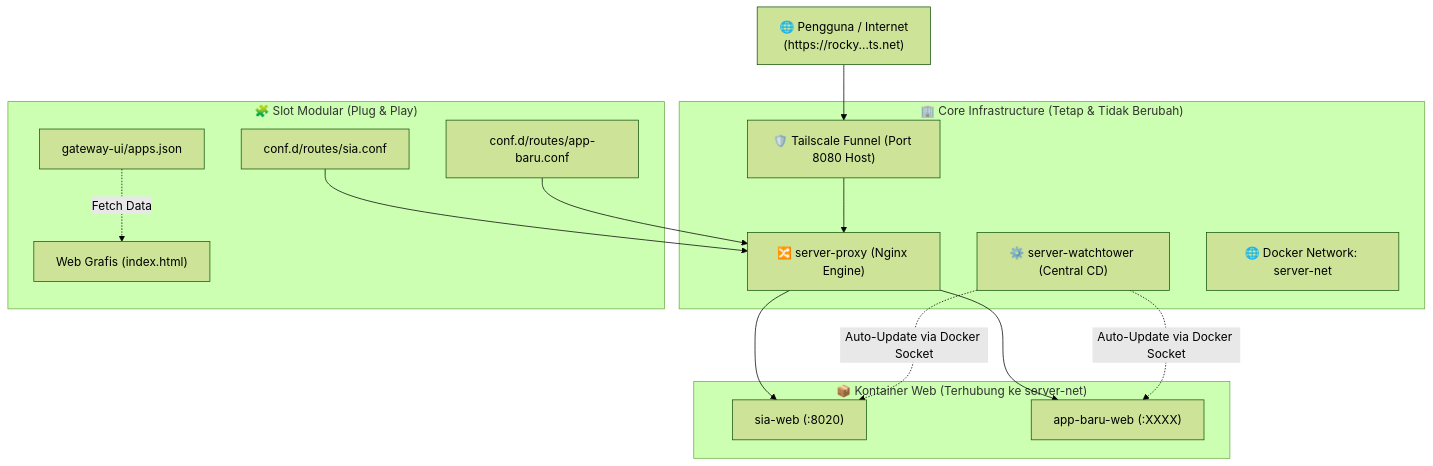
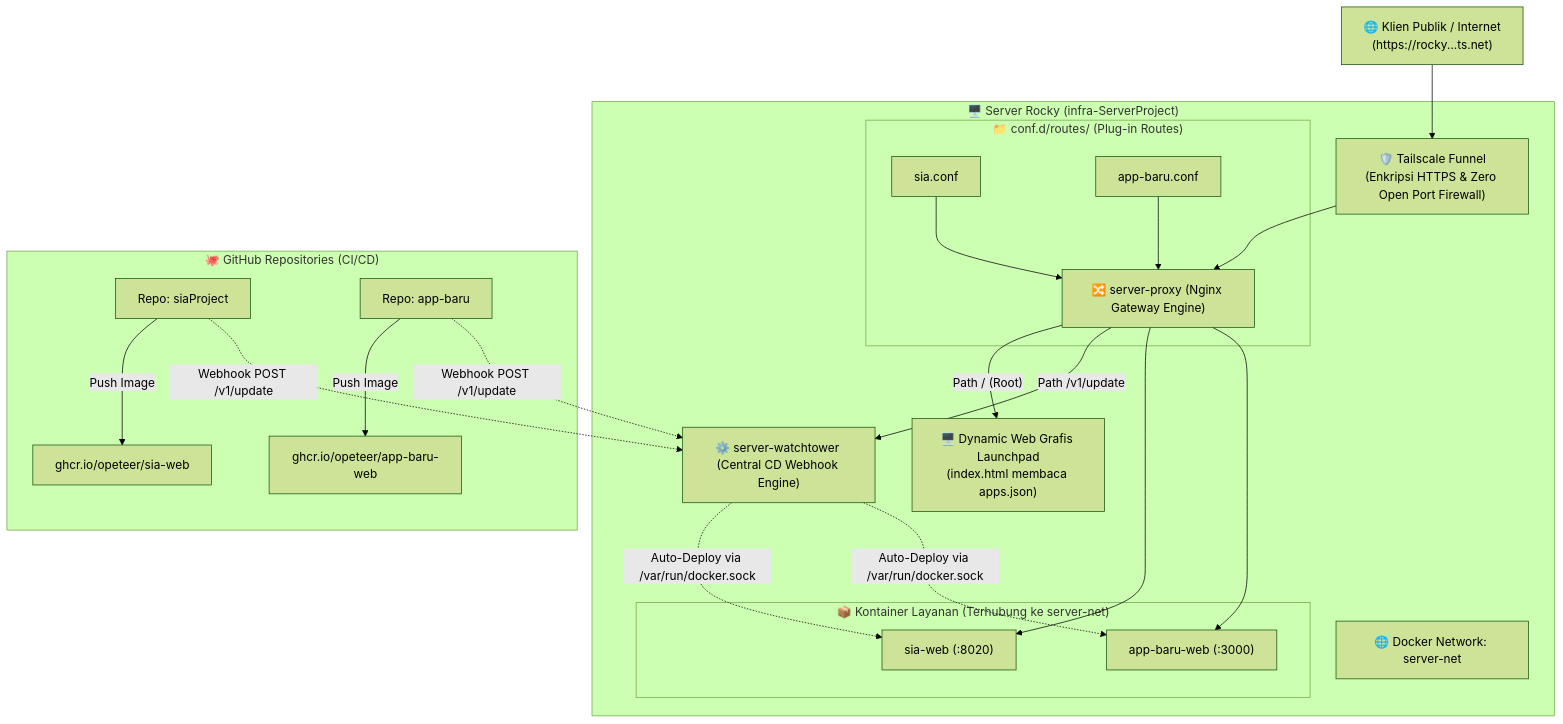
The diagram in README.md (opeteer/infra-ServerProject), drawn with Mermaid (forest theme) before and after one commit. The commit also changed other lines of this file, not shown here.

Commit message:
docs(readme): add comprehensive container specs, architecture overview, and new repo onboarding guide

````diff
--- a/README.md
+++ b/README.md
@@ -11,26 +13,36 @@
 ```mermaid
 flowchart TD
-    Client["🌐 Pengguna / Internet<br/>(https://rocky...ts.net)"] --> TS["🛡️ Tailscale Funnel (Port 8080 Host)"]
+    Client["🌐 Klien Publik / Internet<br/>(https://rocky...ts.net)"] --> TS["🛡️ Tailscale Funnel<br/>(Enkripsi HTTPS & Zero Open Port Firewall)"]
     
-    subgraph Core["🏢 Core Infrastructure (Tetap & Tidak Berubah)"]
-        TS --> Proxy["🔀 server-proxy (Nginx Engine)"]
-        WT["⚙️ server-watchtower (Central CD)"]
+    subgraph HostServer["🖥️ Server Rocky (infra-ServerProject)"]
+        TS --> Proxy["🔀 server-proxy (Nginx Gateway Engine)"]
+        WT["⚙️ server-watchtower (Central CD Webhook Engine)"]
         Net["🌐 Docker Network: server-net"]
+        
+        Proxy -->|"Path / (Root)"| WebGrafis["🖥️ Dynamic Web Grafis Launchpad<br/>(index.html membaca apps.json)"]
+        Proxy -->|"Path /v1/update"| WT
+        
+        subgraph ModularRoutes["📁 conf.d/routes/ (Plug-in Routes)"]
+            R_SIA["sia.conf"] --> Proxy
+            R_NEW["app-baru.conf"] --> Proxy
+        end
+        
+        subgraph Containers["📦 Kontainer Layanan (Terhubung ke server-net)"]
+            SIA["sia-web (:8020)"]
+            NEW["app-baru-web (:3000)"]
+        end
+        
+        Proxy --> SIA
+        Proxy --> NEW
+        WT -.->|"Auto-Deploy via /var/run/docker.sock"| SIA
+        WT -.->|"Auto-Deploy via /var/run/docker.sock"| NEW
     end
 
-    subgraph ModularSlots["🧩 Slot Modular (Plug & Play)"]
-        Route1["conf.d/routes/sia.conf"] --> Proxy
-        Route2["conf.d/routes/app-baru.conf"] --> Proxy
-        AppsJSON["gateway-ui/apps.json"] -.->|"Fetch Data"| UI["Web Grafis (index.html)"]
+    subgraph GitHubEcosystem["🐙 GitHub Repositories (CI/CD)"]
+        RepoSIA["Repo: siaProject"] -->|"Push Image"| GHCR1["ghcr.io/opeteer/sia-web"]
+        RepoNEW["Repo: app-baru"] -->|"Push Image"| GHCR2["ghcr.io/opeteer/app-baru-web"]
+        
+        RepoSIA -.->|"Webhook POST /v1/update"| WT
+        RepoNEW -.->|"Webhook POST /v1/update"| WT
     end
-
-    subgraph Containers["📦 Kontainer Web (Terhubung ke server-net)"]
-        SIA["sia-web (:8020)"]
-        NewApp["app-baru-web (:XXXX)"]
-    end
-
-    Proxy --> SIA
-    Proxy --> NewApp
-    WT -.->|"Auto-Update via Docker Socket"| SIA
-    WT -.->|"Auto-Update via Docker Socket"| NewApp
 ```
````
